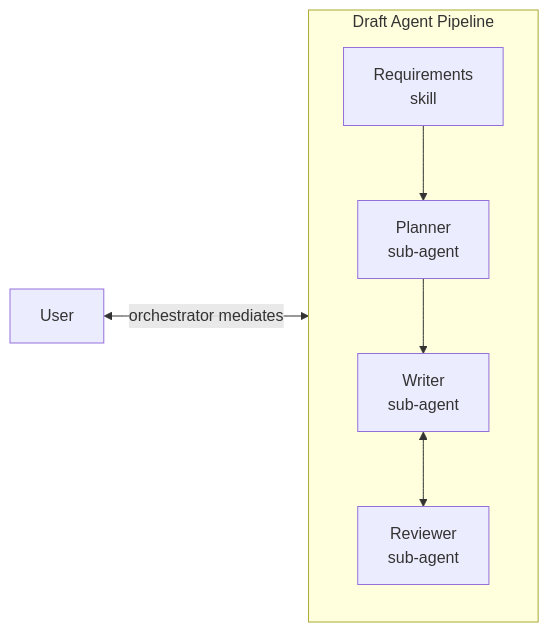
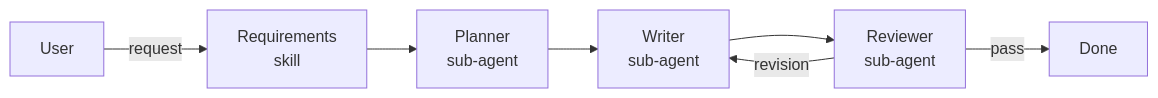
One commit to Jyoti-Ranjan-Das845/writing-suite changed the first of 8 diagrams in docs/planning/orchestration-flow.md. Above: the diagram before and after it, drawn with Mermaid. The commit also changed other lines of this file and 2 other files, not shown here.

First line of the commit message:
docs: fix Mermaid diagrams for GitHub rendering

````diff
--- a/docs/planning/orchestration-flow.md
+++ b/docs/planning/orchestration-flow.md
@@ -12,10 +12,9 @@
 ```mermaid
 flowchart LR
-    subgraph pipeline[Draft Agent Pipeline]
-        R[Requirements\nskill] --> P[Planner\nsub-agent]
-        P --> W[Writer\nsub-agent]
-        W <--> V[Reviewer\nsub-agent]
-    end
-
-    U[User] <-->|orchestrator mediates| pipeline
+    U[User] -->|request| R[Requirements\nskill]
+    R --> P[Planner\nsub-agent]
+    P --> W[Writer\nsub-agent]
+    W --> V[Reviewer\nsub-agent]
+    V -->|revision| W
+    V -->|pass| D[Done]
 ```
````
